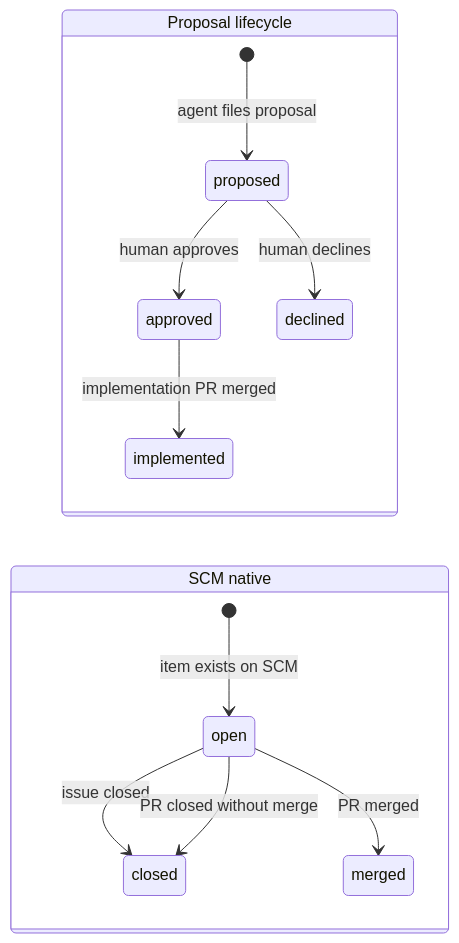
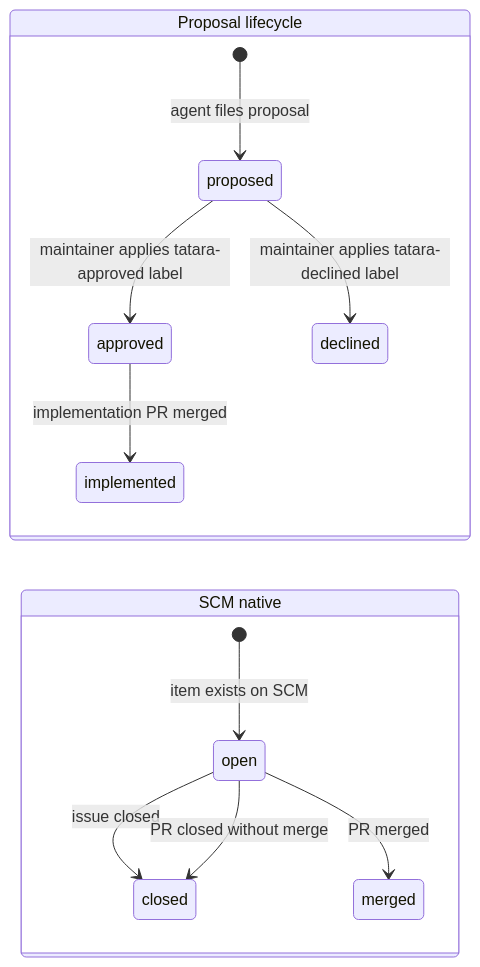
The second of 2 diagrams in docs/reference/work-item.md (szymonrychu/tatara-documentation), drawn with Mermaid before and after one commit. The commit also changed other lines of this file and 39 other files, not shown here.

````diff
--- a/docs/reference/work-item.md
+++ b/docs/reference/work-item.md
@@ -113,18 +116,18 @@
 ```mermaid
 stateDiagram-v2
     direction LR
 
     state "Proposal lifecycle" as PL {
         [*] --> proposed : agent files proposal
-        proposed --> approved : human approves
-        proposed --> declined : human declines
+        proposed --> approved : maintainer applies tatara-approved label
+        proposed --> declined : maintainer applies tatara-declined label
         approved --> implemented : implementation PR merged
     }
 
     state "SCM native" as SCM {
         [*] --> open : item exists on SCM
         open --> closed : issue closed
         open --> merged : PR merged
         open --> closed : PR closed without merge
     }
 ```
````
